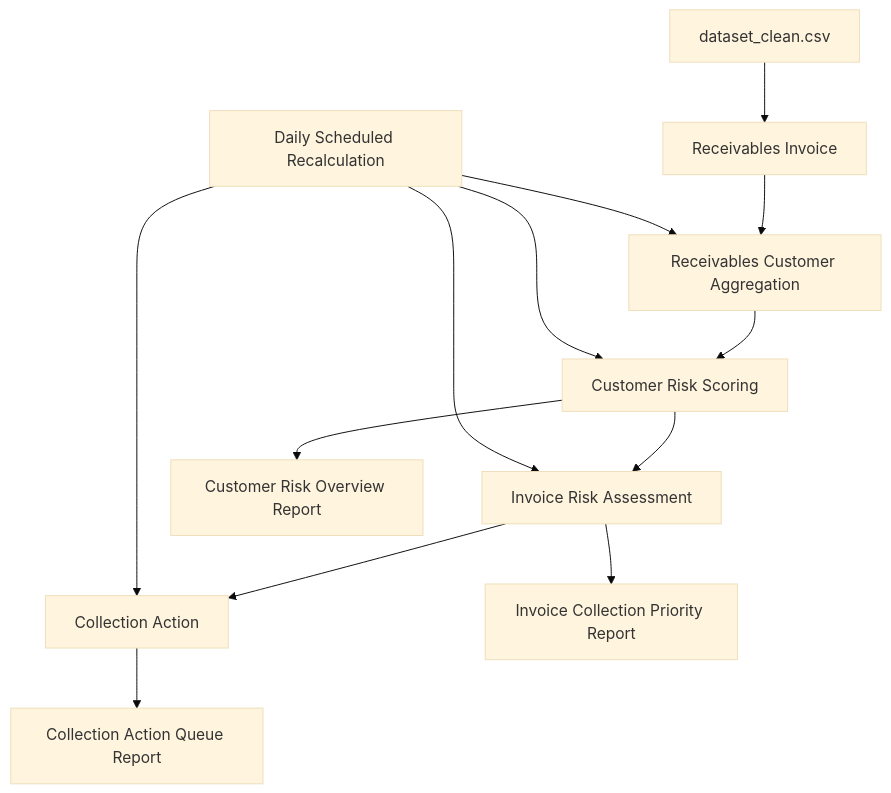
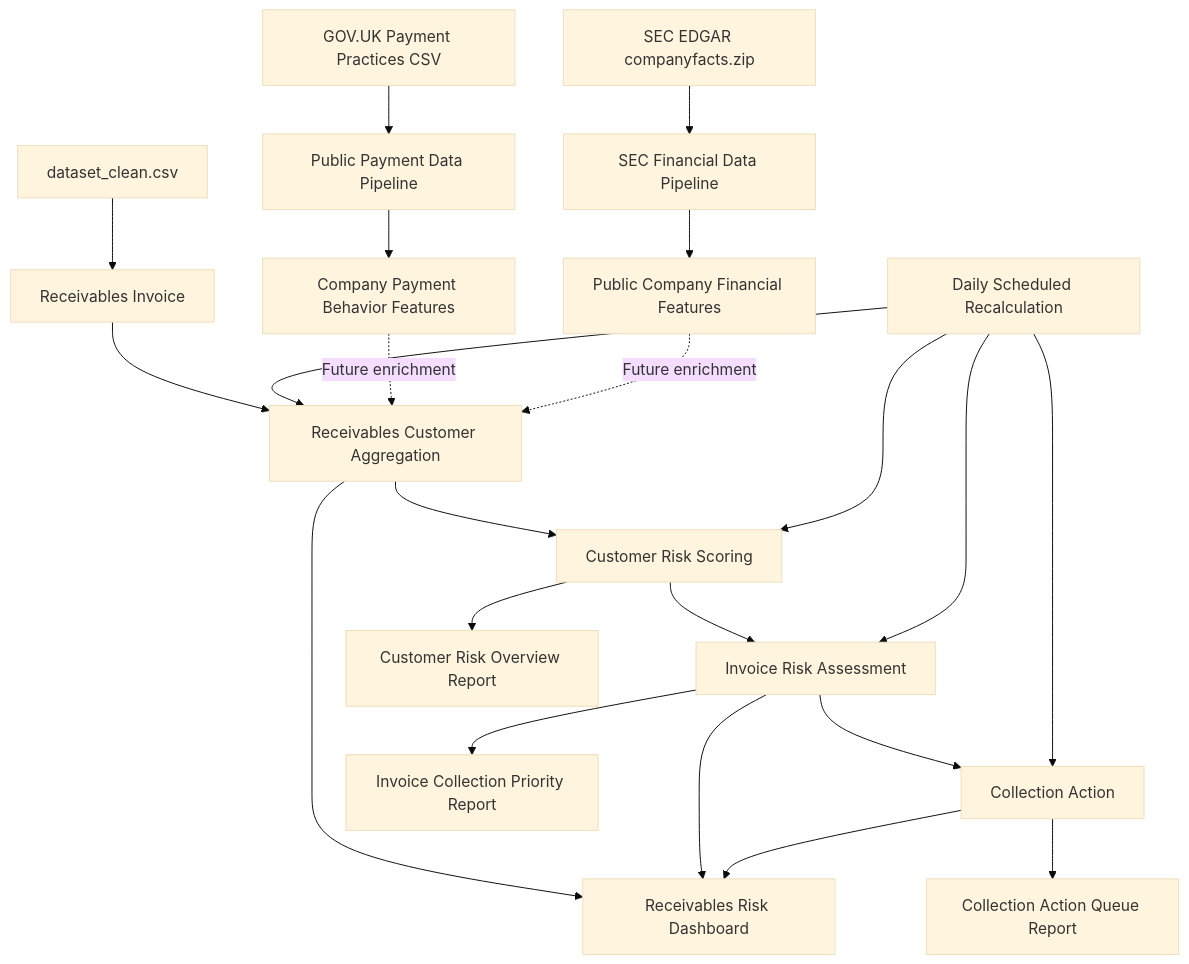
One commit to phivinhkien1710-sudo/receivable_risk_manager changed the diagram in README.md. Above: the diagram before and after it, drawn with Mermaid (base theme). The commit also changed other lines of this file and 36 other files, not shown here.

Commit message:
Add dashboard, import job UI, and public payment ML baseline

````diff
--- a/README.md
+++ b/README.md
@@ -86,15 +102,24 @@
 ```mermaid
 flowchart TD
     A[dataset_clean.csv] --> B[Receivables Invoice]
     B --> C[Receivables Customer Aggregation]
     C --> D[Customer Risk Scoring]
     D --> E[Invoice Risk Assessment]
     E --> F[Collection Action]
+    C --> K[Receivables Risk Dashboard]
+    E --> K
+    F --> K
     D --> G[Customer Risk Overview Report]
     E --> H[Invoice Collection Priority Report]
     F --> I[Collection Action Queue Report]
     J[Daily Scheduled Recalculation] --> C
     J --> D
     J --> E
     J --> F
+    L[GOV.UK Payment Practices CSV] --> M[Public Payment Data Pipeline]
+    M --> N[Company Payment Behavior Features]
+    N -. Future enrichment .-> C
+    O[SEC EDGAR companyfacts.zip] --> P[SEC Financial Data Pipeline]
+    P --> Q[Public Company Financial Features]
+    Q -. Future enrichment .-> C
 ```
````
